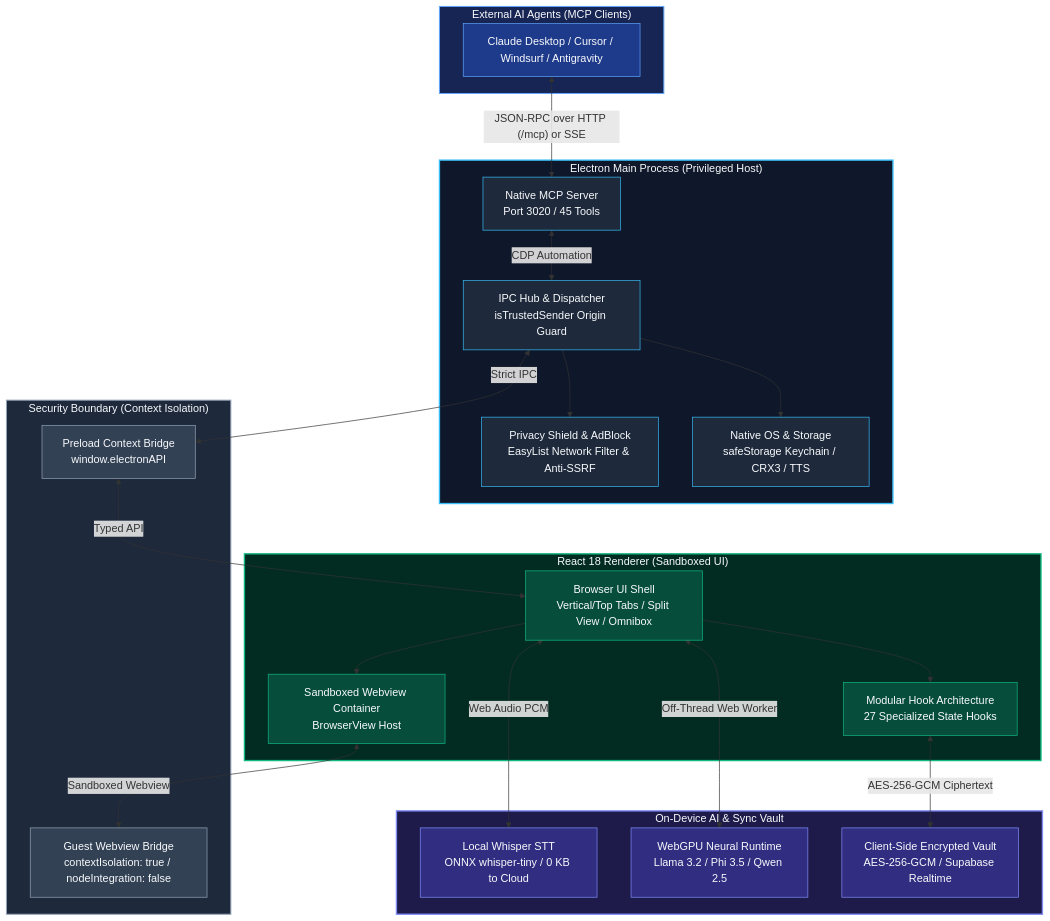
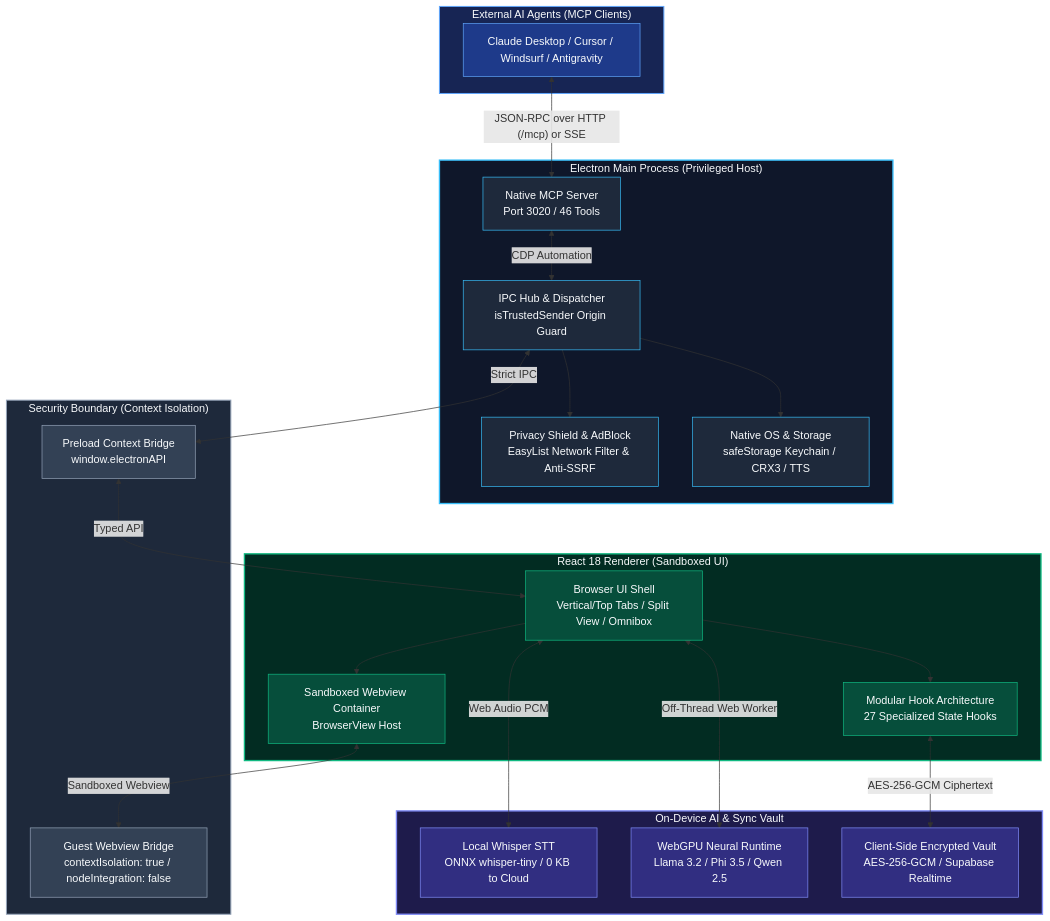
The diagram in README.md (MOT1209/King_Browser), drawn with Mermaid before and after one commit. The commit also changed other lines of this file and 10 other files, not shown here.

````diff
--- a/README.md
+++ b/README.md
@@ -661,69 +662,69 @@
 ```mermaid
 flowchart TB
     subgraph Clients["External AI Agents (MCP Clients)"]
         agentClient["Claude Desktop / Cursor / Windsurf / Antigravity"]
     end
 
     subgraph Main["Electron Main Process (Privileged Host)"]
-        mcp["Native MCP Server<br/>Port 3020 / 45 Tools"]
+        mcp["Native MCP Server<br/>Port 3020 / 46 Tools"]
         ipcMain["IPC Hub & Dispatcher<br/>isTrustedSender Origin Guard"]
         netShield["Privacy Shield & AdBlock<br/>EasyList Network Filter & Anti-SSRF"]
         osBridge["Native OS & Storage<br/>safeStorage Keychain / CRX3 / TTS"]
     end
 
     subgraph Boundary["Security Boundary (Context Isolation)"]
         preloadAPI["Preload Context Bridge<br/>window.electronAPI"]
         guestPreload["Guest Webview Bridge<br/>contextIsolation: true / nodeIntegration: false"]
     end
 
     subgraph Renderer["React 18 Renderer (Sandboxed UI)"]
         uiShell["Browser UI Shell<br/>Vertical/Top Tabs / Split View / Omnibox"]
         hookEngine["Modular Hook Architecture<br/>27 Specialized State Hooks"]
         viewHost["Sandboxed Webview Container<br/>BrowserView Host"]
     end
 
     subgraph Neural["On-Device AI & Sync Vault"]
         whisperEngine["Local Whisper STT<br/>ONNX whisper-tiny / 0 KB to Cloud"]
         webgpuEngine["WebGPU Neural Runtime<br/>Llama 3.2 / Phi 3.5 / Qwen 2.5"]
         syncVault["Client-Side Encrypted Vault<br/>AES-256-GCM / Supabase Realtime"]
     end
 
     agentClient <-->|"JSON-RPC over HTTP (/mcp) or SSE"| mcp
     mcp <-->|"CDP Automation"| ipcMain
     ipcMain <-->|"Strict IPC"| preloadAPI
     preloadAPI <-->|"Typed API"| uiShell
     ipcMain --> netShield
     ipcMain --> osBridge
 
     uiShell --> hookEngine
     uiShell --> viewHost
     viewHost <-->|"Sandboxed Webview"| guestPreload
 
     uiShell <-->|"Web Audio PCM"| whisperEngine
     uiShell <-->|"Off-Thread Web Worker"| webgpuEngine
     hookEngine <-->|"AES-256-GCM Ciphertext"| syncVault
 
     style Main fill:#0f172a,stroke:#38bdf8,stroke-width:2px,color:#f8fafc
     style Boundary fill:#1e293b,stroke:#94a3b8,stroke-width:1.5px,color:#f8fafc
     style Renderer fill:#022c22,stroke:#10b981,stroke-width:2px,color:#f8fafc
     style Neural fill:#1e1b4b,stroke:#818cf8,stroke-width:2px,color:#f8fafc
     style Clients fill:#172554,stroke:#60a5fa,stroke-width:1.5px,color:#f8fafc
 
     style mcp fill:#1e293b,stroke:#38bdf8,stroke-width:1px,color:#f8fafc
     style ipcMain fill:#1e293b,stroke:#38bdf8,stroke-width:1px,color:#f8fafc
     style netShield fill:#1e293b,stroke:#38bdf8,stroke-width:1px,color:#f8fafc
     style osBridge fill:#1e293b,stroke:#38bdf8,stroke-width:1px,color:#f8fafc
 
     style preloadAPI fill:#334155,stroke:#94a3b8,stroke-width:1px,color:#f8fafc
     style guestPreload fill:#334155,stroke:#94a3b8,stroke-width:1px,color:#f8fafc
 
     style uiShell fill:#064e3b,stroke:#10b981,stroke-width:1px,color:#f8fafc
     style hookEngine fill:#064e3b,stroke:#10b981,stroke-width:1px,color:#f8fafc
     style viewHost fill:#064e3b,stroke:#10b981,stroke-width:1px,color:#f8fafc
 
     style whisperEngine fill:#312e81,stroke:#818cf8,stroke-width:1px,color:#f8fafc
     style webgpuEngine fill:#312e81,stroke:#818cf8,stroke-width:1px,color:#f8fafc
     style syncVault fill:#312e81,stroke:#818cf8,stroke-width:1px,color:#f8fafc
 
     style agentClient fill:#1e3a8a,stroke:#60a5fa,stroke-width:1px,color:#f8fafc
 ```
````
